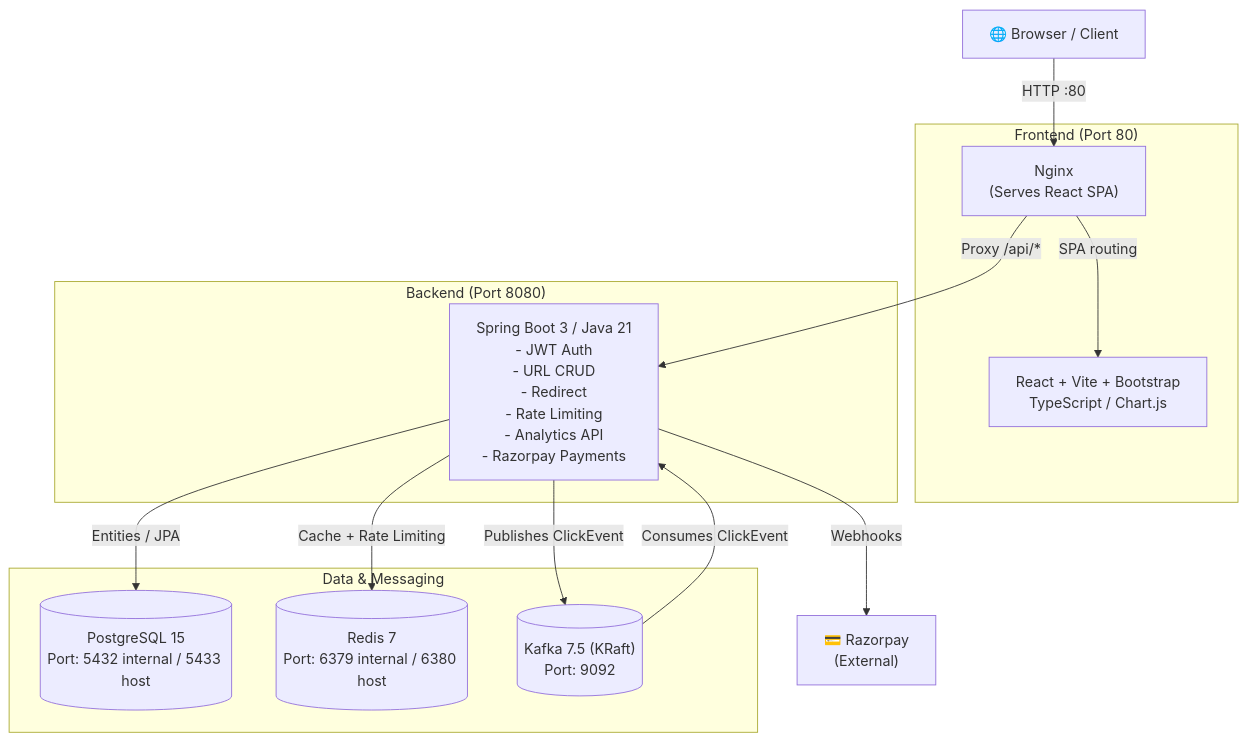
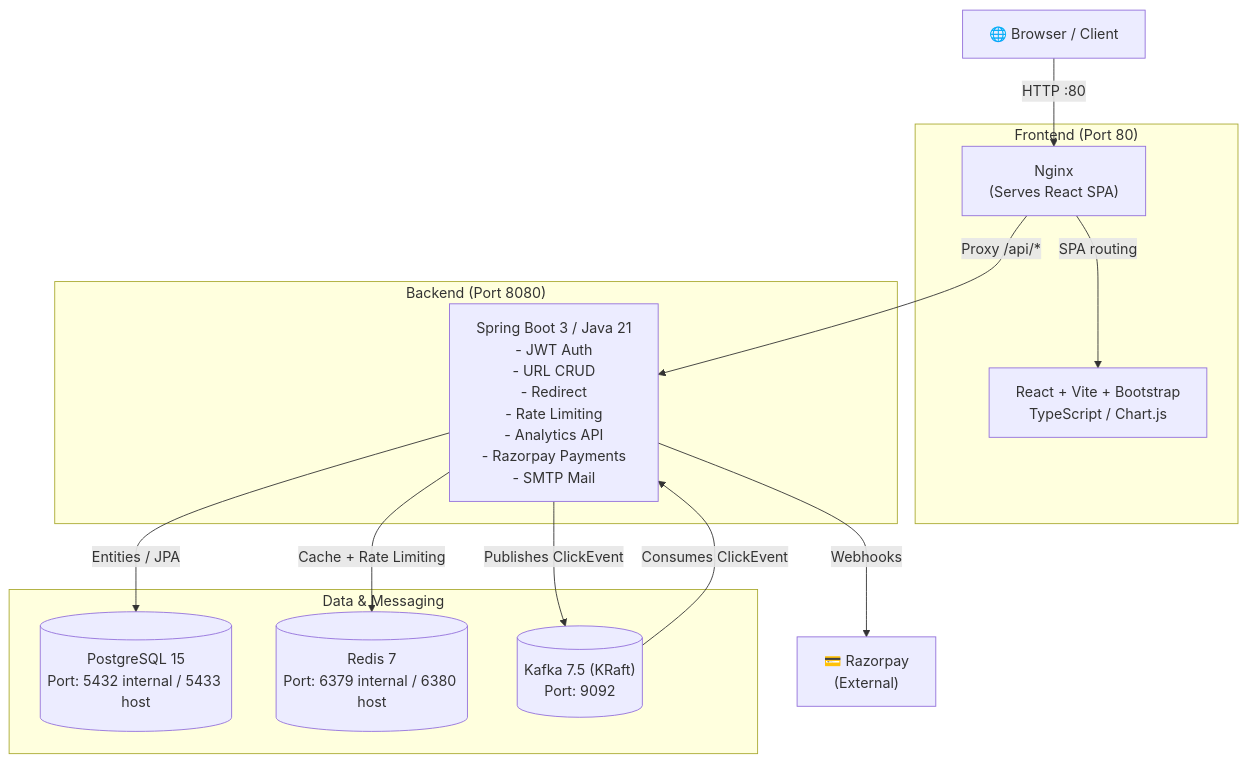
The diagram in README.md (nagarajhegde174-beep/URL-Shortner), drawn with Mermaid before and after one commit. The commit also changed other lines of this file and 23 other files, not shown here.

````diff
--- a/README.md
+++ b/README.md
@@ -22,29 +55,29 @@
 ```mermaid
 graph TD
     Browser["🌐 Browser / Client"]
 
     subgraph "Frontend (Port 80)"
         Nginx["Nginx\n(Serves React SPA)"]
         React["React + Vite + Bootstrap\nTypeScript / Chart.js"]
     end
 
     subgraph "Backend (Port 8080)"
-        SpringBoot["Spring Boot 3 / Java 21\n- JWT Auth\n- URL CRUD\n- Redirect\n- Rate Limiting\n- Analytics API\n- Razorpay Payments"]
+        SpringBoot["Spring Boot 3 / Java 21\n- JWT Auth\n- URL CRUD\n- Redirect\n- Rate Limiting\n- Analytics API\n- Razorpay Payments\n- SMTP Mail"]
     end
 
     subgraph "Data & Messaging"
         Postgres[("PostgreSQL 15\nPort: 5432 internal / 5433 host")]
         Redis[("Redis 7\nPort: 6379 internal / 6380 host")]
         Kafka[("Kafka 7.5 (KRaft)\nPort: 9092")]
     end
 
     Browser -->|"HTTP :80"| Nginx
     Nginx -->|"SPA routing"| React
     Nginx -->|"Proxy /api/*"| SpringBoot
 
     SpringBoot -->|"Entities / JPA"| Postgres
     SpringBoot -->|"Cache + Rate Limiting"| Redis
     SpringBoot -->|"Publishes ClickEvent"| Kafka
     Kafka -->|"Consumes ClickEvent"| SpringBoot
     SpringBoot -->|"Webhooks"| Razorpay["💳 Razorpay\n(External)"]
 ```
````
